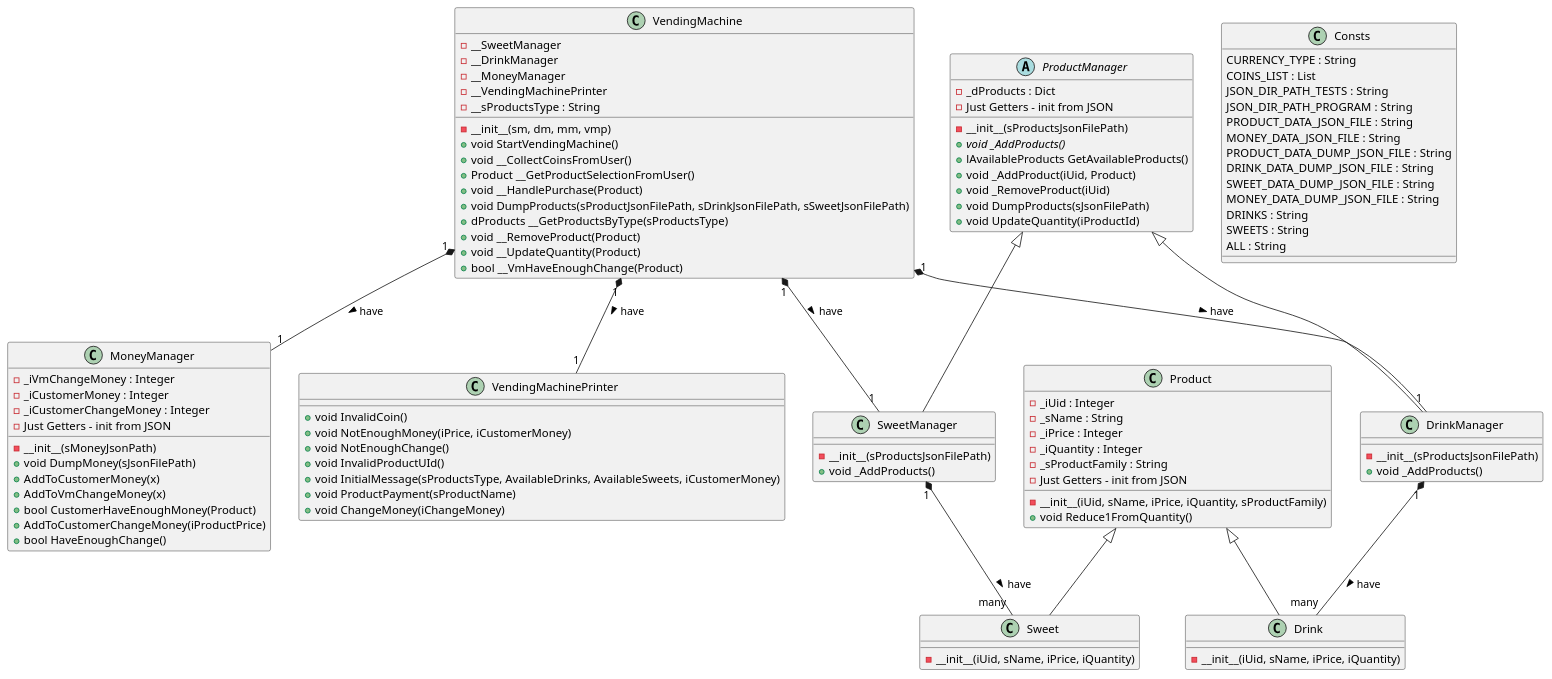
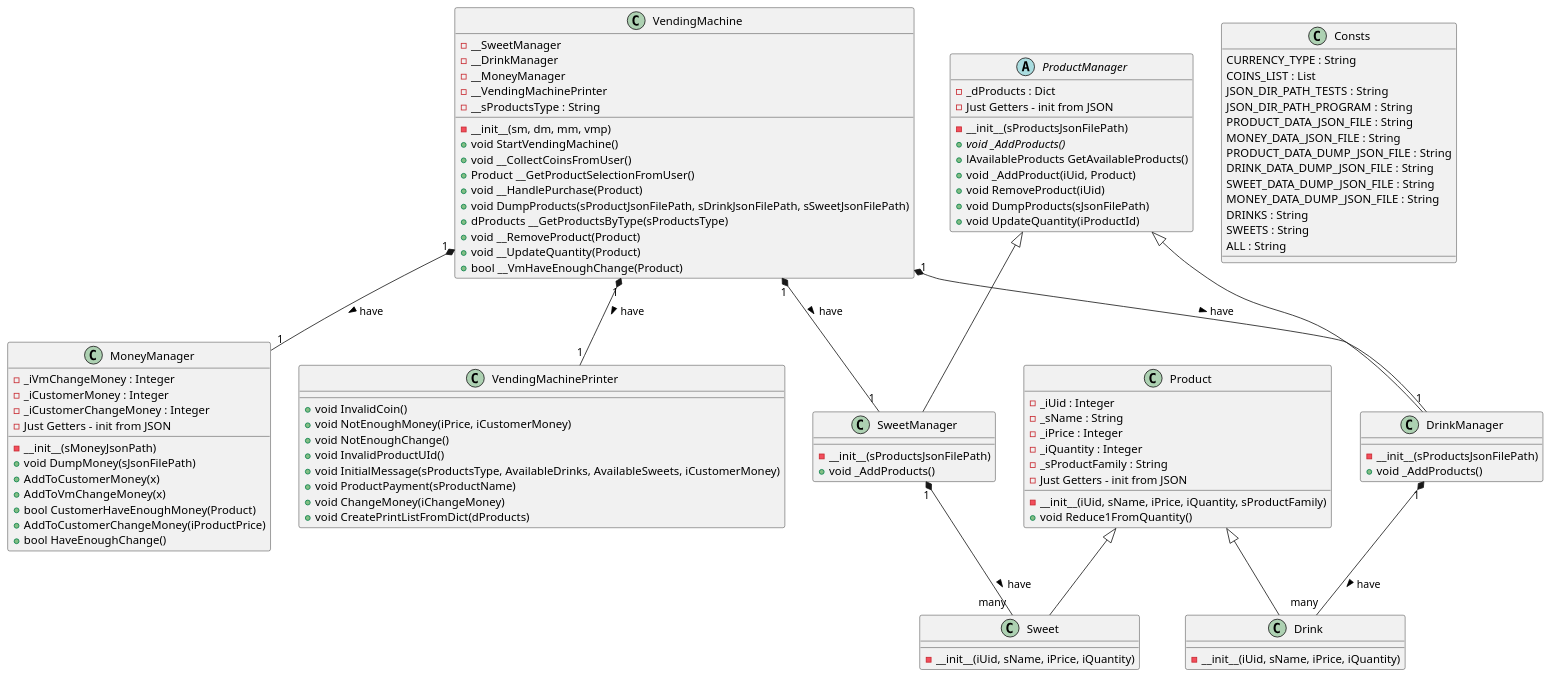
The diagram in aviela_home_assignment/uml/design.puml (avielas/VendingMachine), drawn with PlantUML before and after one commit. The commit also changed 3 other files, not shown here.

Commit message:
fix design bug. move print duty outside from ProductManager class to VendingMachinePrinter

```diff
--- a/aviela_home_assignment/uml/design.puml
+++ b/aviela_home_assignment/uml/design.puml
@@ -1,114 +1,115 @@
 @startuml class diagram
 'https://plantuml.com/class-diagram
 
 class VendingMachine{
     -__SweetManager
     -__DrinkManager
     -__MoneyManager
     -__VendingMachinePrinter
     -__sProductsType : String
     -__init__(sm, dm, mm, vmp)
     +void StartVendingMachine()
     +void __CollectCoinsFromUser()
     +Product __GetProductSelectionFromUser()
     +void __HandlePurchase(Product)
     +void DumpProducts(sProductJsonFilePath, sDrinkJsonFilePath, sSweetJsonFilePath)
     +dProducts __GetProductsByType(sProductsType)
     +void __RemoveProduct(Product)
     +void __UpdateQuantity(Product)
     +bool __VmHaveEnoughChange(Product)
 }
 
 class VendingMachinePrinter{
     +void InvalidCoin()
     +void NotEnoughMoney(iPrice, iCustomerMoney)
     +void NotEnoughChange()
     +void InvalidProductUId()
     +void InitialMessage(sProductsType, AvailableDrinks, AvailableSweets, iCustomerMoney)
     +void ProductPayment(sProductName)
     +void ChangeMoney(iChangeMoney)
+    +void CreatePrintListFromDict(dProducts)
 }
 
 class MoneyManager{
     -_iVmChangeMoney : Integer
     -_iCustomerMoney : Integer
     -_iCustomerChangeMoney : Integer
     -Just Getters - init from JSON
     -__init__(sMoneyJsonPath)
     +void DumpMoney(sJsonFilePath)
     +AddToCustomerMoney(x)
     +AddToVmChangeMoney(x)
     +bool CustomerHaveEnoughMoney(Product)
     +AddToCustomerChangeMoney(iProductPrice)
     +bool HaveEnoughChange()
 }
 
 class DrinkManager{
     -__init__(sProductsJsonFilePath)
     +void _AddProducts()
 }
 
 class SweetManager{
     -__init__(sProductsJsonFilePath)
     +void _AddProducts()
 }
 
 class Product{
     -_iUid : Integer
     -_sName : String
     -_iPrice : Integer
     -_iQuantity : Integer
     -_sProductFamily : String
     -__init__(iUid, sName, iPrice, iQuantity, sProductFamily)
     -Just Getters - init from JSON
     +void Reduce1FromQuantity()
 }
 
 class Drink{
     -__init__(iUid, sName, iPrice, iQuantity)
 }
 
 class Sweet{
     -__init__(iUid, sName, iPrice, iQuantity)
 }
 
 class Consts{
     CURRENCY_TYPE : String
     COINS_LIST : List
     JSON_DIR_PATH_TESTS : String
     JSON_DIR_PATH_PROGRAM : String
     PRODUCT_DATA_JSON_FILE : String
     MONEY_DATA_JSON_FILE : String
     PRODUCT_DATA_DUMP_JSON_FILE : String
     DRINK_DATA_DUMP_JSON_FILE : String
     SWEET_DATA_DUMP_JSON_FILE : String
     MONEY_DATA_DUMP_JSON_FILE : String
     DRINKS : String
     SWEETS : String
     ALL : String
 }
 
 abstract class ProductManager{
     - _dProducts : Dict
     -__init__(sProductsJsonFilePath)
     -Just Getters - init from JSON
     +void {abstract} _AddProducts()
     +lAvailableProducts GetAvailableProducts()
     +void _AddProduct(iUid, Product)
-    +void _RemoveProduct(iUid)
+    +void RemoveProduct(iUid)
     +void DumpProducts(sJsonFilePath)
     +void UpdateQuantity(iProductId)
 }
 
 ProductManager <|-- DrinkManager
 ProductManager <|-- SweetManager
 Product <|-- Drink
 Product <|-- Sweet
 VendingMachine "1" *-- "1" DrinkManager : have >
 VendingMachine "1" *-- "1" SweetManager : have >
 VendingMachine "1" *-- "1" MoneyManager : have >
 VendingMachine "1" *-- "1" VendingMachinePrinter : have >
 DrinkManager "1" *-- "many" Drink :have >
 SweetManager "1" *-- "many" Sweet :have >
 
 @enduml
```
